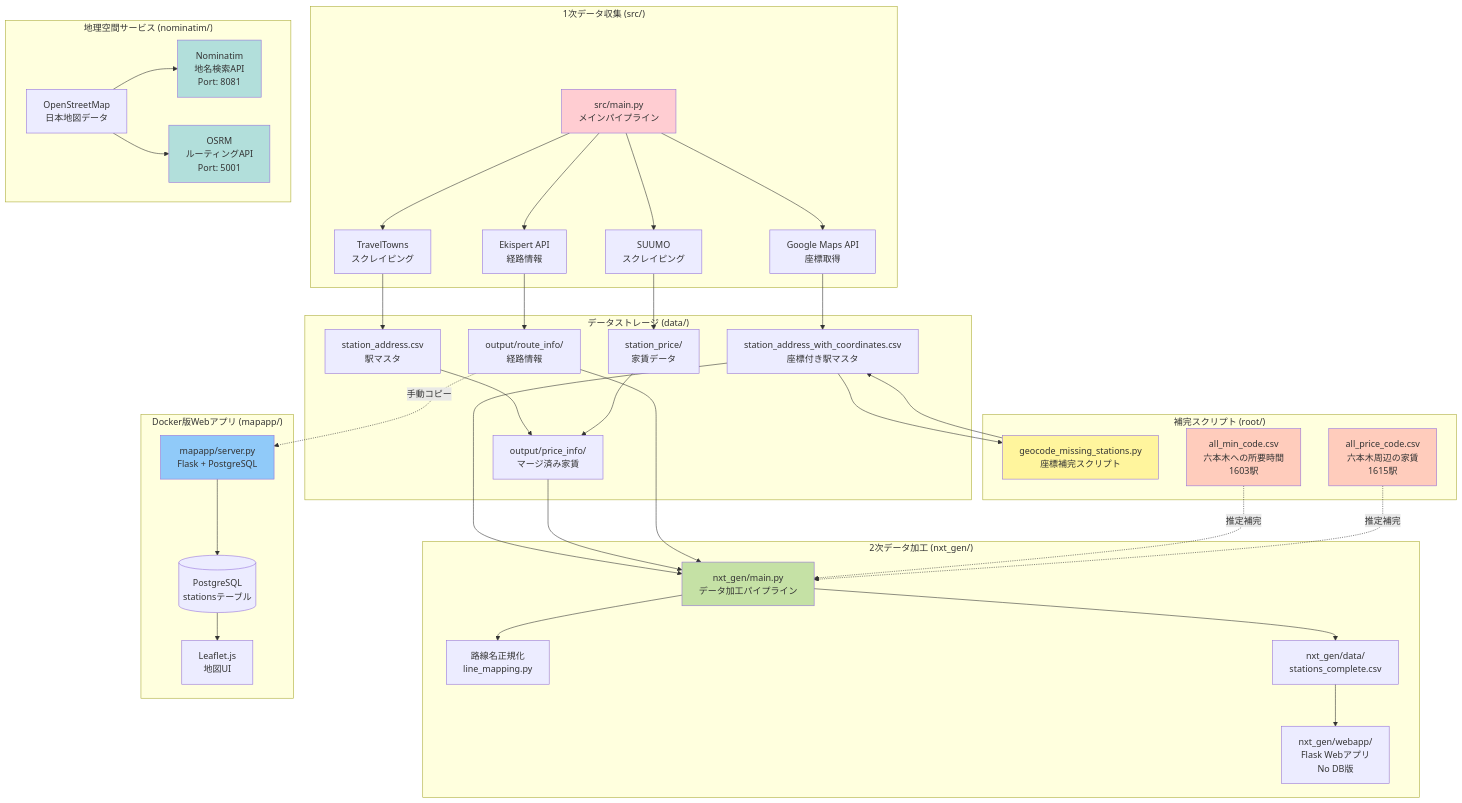
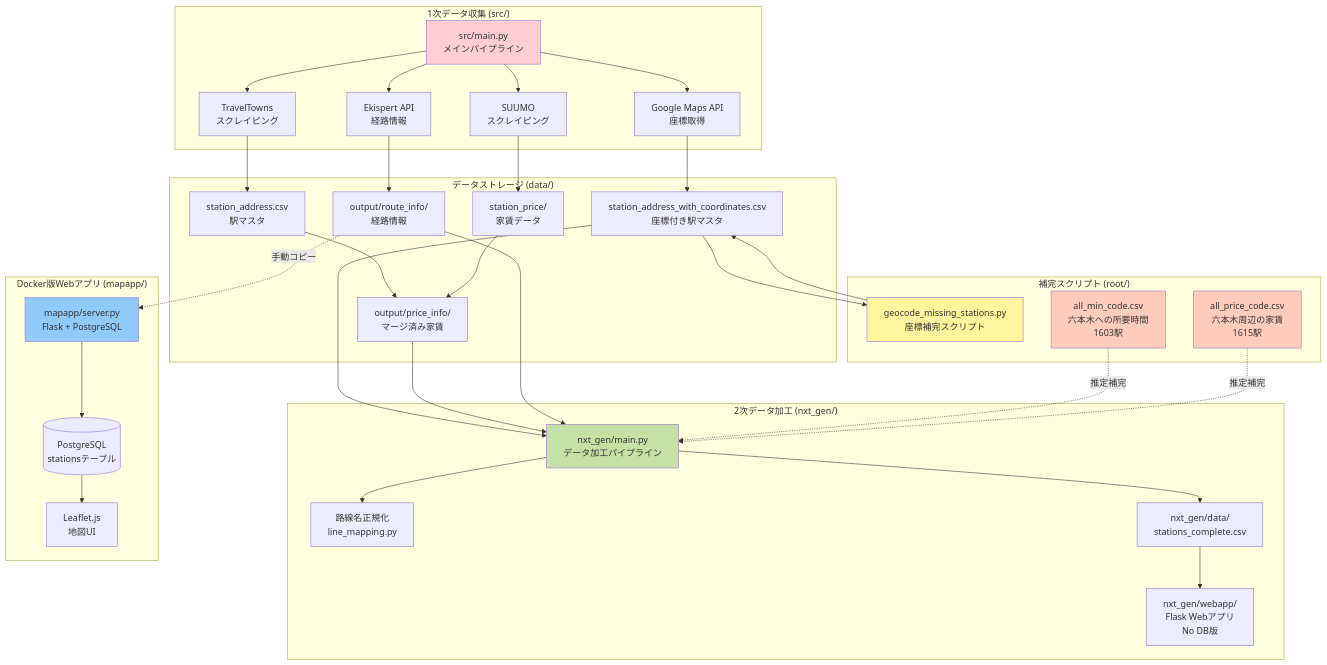
Before and after one commit to masa350z/stationscraper: the first of 5 diagrams in PROJECT_OVERVIEW.md, drawn with Mermaid. The commit also changed other lines of this file and 11 other files, not shown here.

````diff
--- a/PROJECT_OVERVIEW.md
+++ b/PROJECT_OVERVIEW.md
@@ -81,15 +81,6 @@
         MAP_DB --> MAP_FRONT
     end
 
-    subgraph "地理空間サービス (nominatim/)"
-        NOM_SERVICE[Nominatim<br/>地名検索API<br/>Port: 8081]
-        OSRM_SERVICE[OSRM<br/>ルーティングAPI<br/>Port: 5001]
-        OSM_DATA[OpenStreetMap<br/>日本地図データ]
-
-        OSM_DATA --> NOM_SERVICE
-        OSM_DATA --> OSRM_SERVICE
-    end
-
     %% スタイル
     style SRC fill:#ffcdd2
     style NXT fill:#c5e1a5
@@ -97,6 +88,4 @@
     style GEOCODE fill:#fff59d
     style FALLBACK1 fill:#ffccbc
     style FALLBACK2 fill:#ffccbc
-    style NOM_SERVICE fill:#b2dfdb
-    style OSRM_SERVICE fill:#b2dfdb
 ```
````
